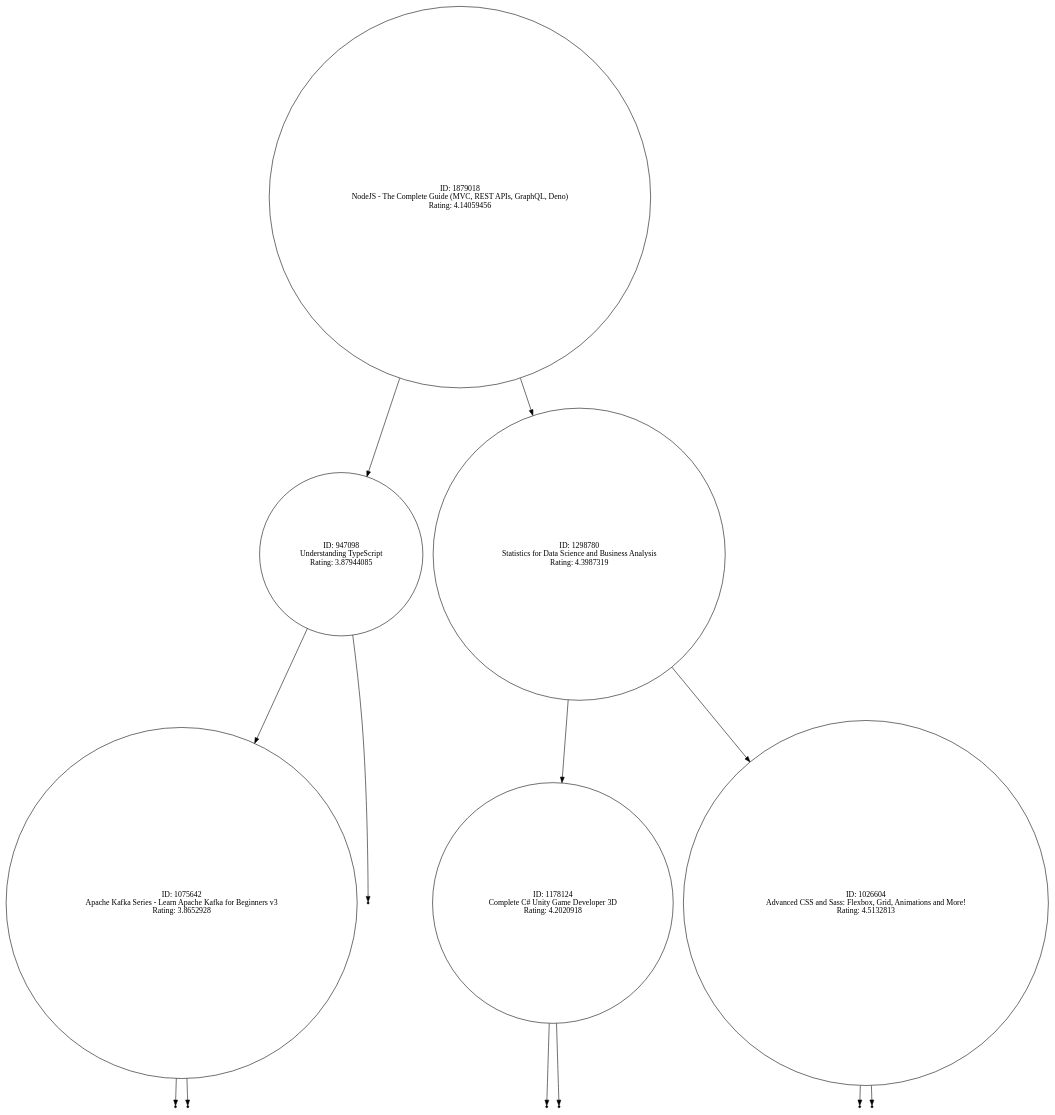
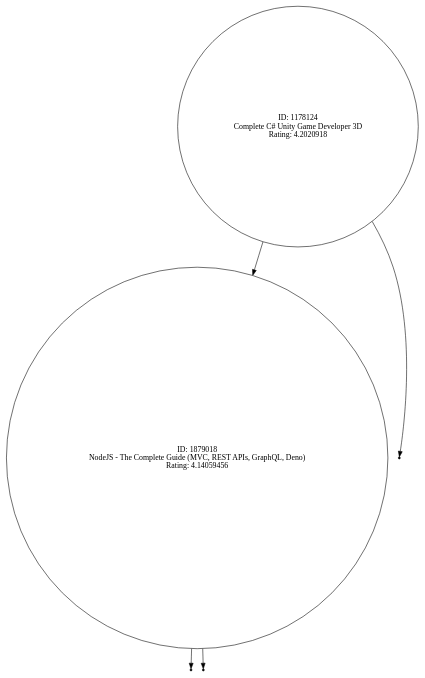
The diagram in arbol.dot (EstebanDeLaHoz0501/Laboratorio1ED2), drawn with Graphviz before and after one commit. The commit also changed 16 other files, not shown here.

```diff
--- a/arbol.dot
+++ b/arbol.dot
@@ -1,29 +1,13 @@
 digraph AVL {
 node [shape=circle];
 rankdir=TB;
+1178124 [label="ID: 1178124\nComplete C# Unity Game Developer 3D\nRating: 4.2020918"];
+1178124 -> 1879018;
 1879018 [label="ID: 1879018\nNodeJS - The Complete Guide (MVC, REST APIs, GraphQL, Deno)\nRating: 4.14059456"];
-1879018 -> 947098;
-947098 [label="ID: 947098\nUnderstanding TypeScript\nRating: 3.87944085"];
-947098 -> 1075642;
-1075642 [label="ID: 1075642\nApache Kafka Series - Learn Apache Kafka for Beginners v3\nRating: 3.8652928"];
-nullL1075642 [shape=point];
-1075642 -> nullL1075642;
-nullR1075642 [shape=point];
-1075642 -> nullR1075642;
-nullR947098 [shape=point];
-947098 -> nullR947098;
-1879018 -> 1298780;
-1298780 [label="ID: 1298780\nStatistics for Data Science and Business Analysis\nRating: 4.3987319"];
-1298780 -> 1178124;
-1178124 [label="ID: 1178124\nComplete C# Unity Game Developer 3D\nRating: 4.2020918"];
-nullL1178124 [shape=point];
-1178124 -> nullL1178124;
+nullL1879018 [shape=point];
+1879018 -> nullL1879018;
+nullR1879018 [shape=point];
+1879018 -> nullR1879018;
 nullR1178124 [shape=point];
 1178124 -> nullR1178124;
-1298780 -> 1026604;
-1026604 [label="ID: 1026604\nAdvanced CSS and Sass: Flexbox, Grid, Animations and More!\nRating: 4.5132813"];
-nullL1026604 [shape=point];
-1026604 -> nullL1026604;
-nullR1026604 [shape=point];
-1026604 -> nullR1026604;
 }
```
